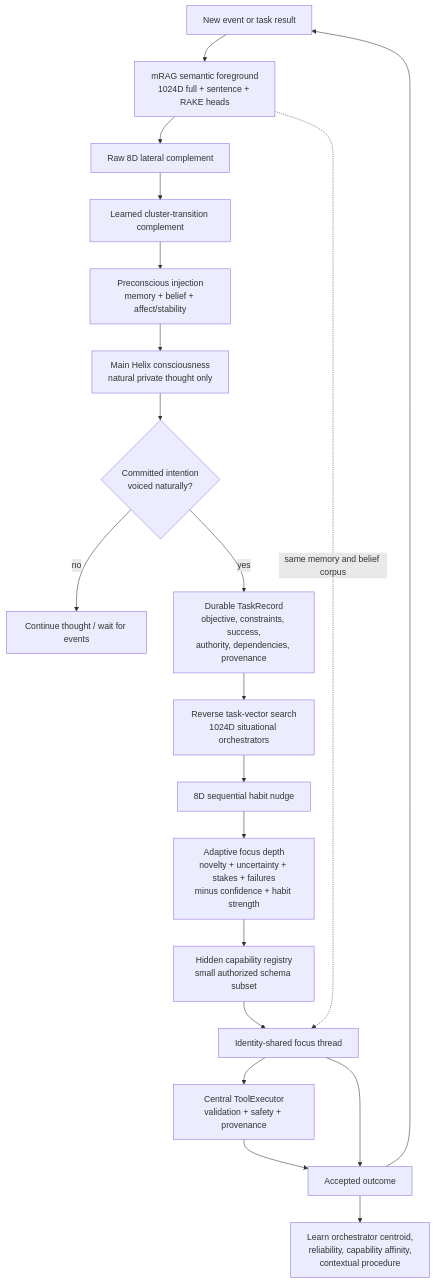
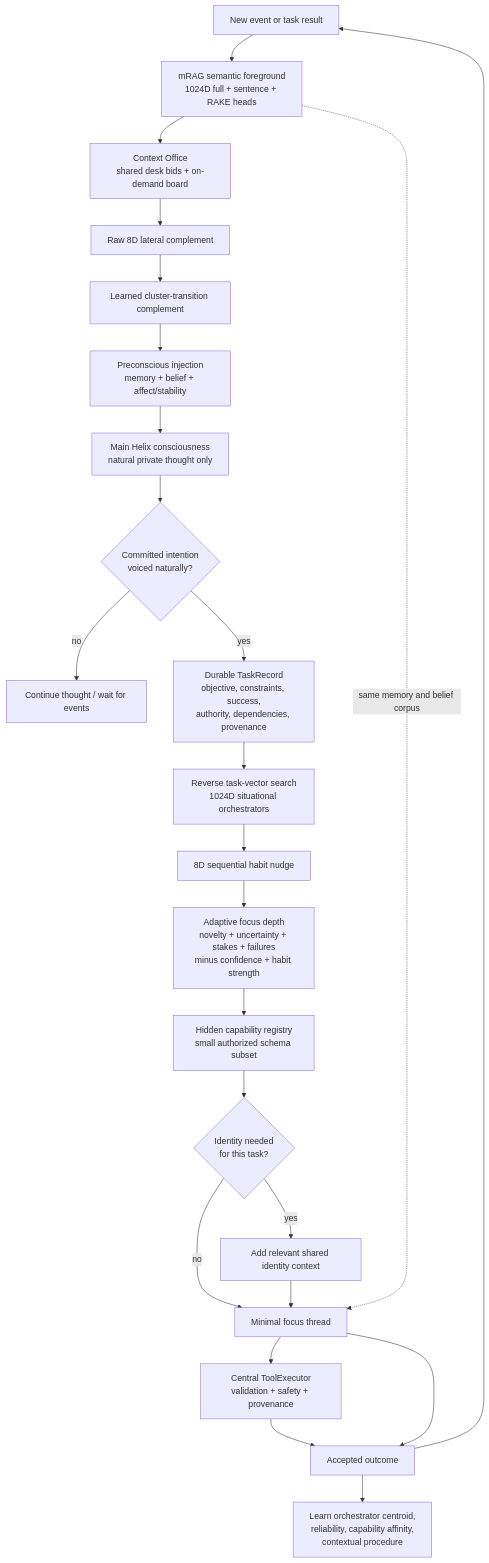
Before and after one commit to munch2u-a11y/Helix-AGI: the diagram in documents/task_cognition_pipeline.md, drawn with Mermaid. The commit also changed other lines of this file and 13 other files, not shown here.

Commit message:
feat: arbitrate contextual memory desk bids

````diff
--- a/documents/task_cognition_pipeline.md
+++ b/documents/task_cognition_pipeline.md
@@ -9,25 +9,29 @@
 ```mermaid
 flowchart TD
     E[New event or task result] --> R[mRAG semantic foreground<br/>1024D full + sentence + RAKE heads]
-    R --> S[Raw 8D lateral complement]
+    R --> B[Context Office<br/>shared desk bids + on-demand board]
+    B --> S[Raw 8D lateral complement]
     S --> A[Learned cluster-transition complement]
     A --> P[Preconscious injection<br/>memory + belief + affect/stability]
     P --> M[Main Helix consciousness<br/>natural private thought only]
 
     M --> I{Committed intention<br/>voiced naturally?}
     I -- no --> C[Continue thought / wait for events]
     I -- yes --> T[Durable TaskRecord<br/>objective, constraints, success,<br/>authority, dependencies, provenance]
 
     T --> V[Reverse task-vector search<br/>1024D situational orchestrators]
     V --> H[8D sequential habit nudge]
     H --> D[Adaptive focus depth<br/>novelty + uncertainty + stakes + failures<br/>minus confidence + habit strength]
     D --> K[Hidden capability registry<br/>small authorized schema subset]
-    K --> F[Identity-shared focus thread]
+    K --> G{Identity needed<br/>for this task?}
+    G -- no --> F[Minimal focus thread]
+    G -- yes --> J[Add relevant shared identity context]
+    J --> F
 
     R -. same memory and belief corpus .-> F
     F --> X[Central ToolExecutor<br/>validation + safety + provenance]
     X --> O[Accepted outcome]
     F --> O
     O --> L[Learn orchestrator centroid,<br/>reliability, capability affinity,<br/>contextual procedure]
     O --> E
 ```
````
